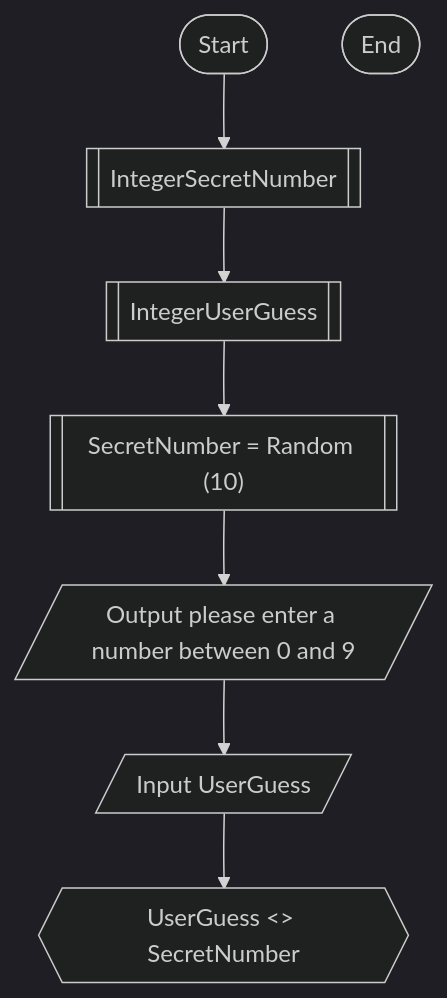
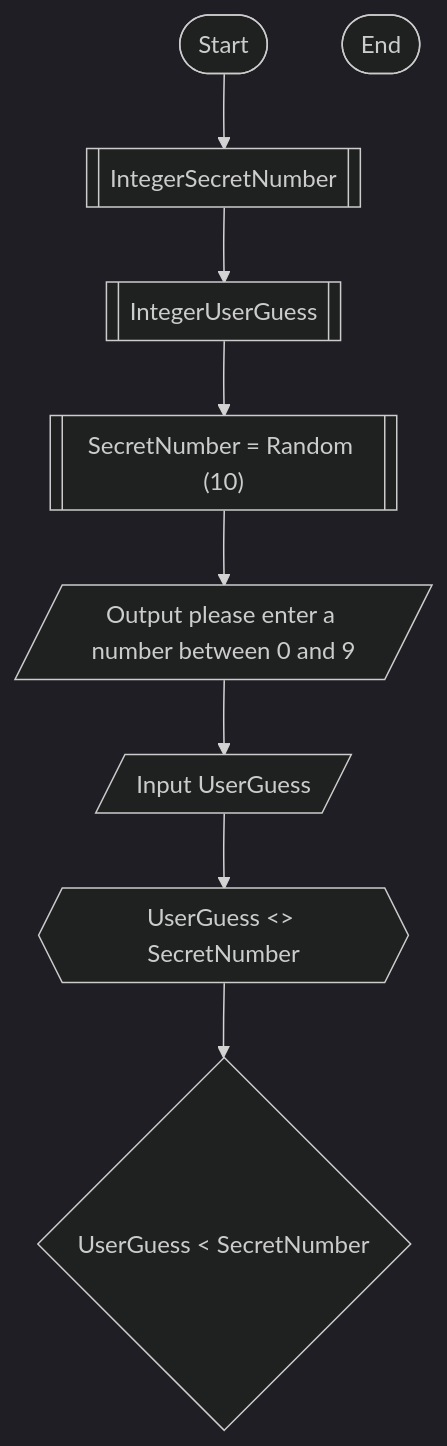
One commit to njedwards1872/njedwards1872.github.io changed the diagram in Guessing.md. Above: the diagram before and after it, drawn with Mermaid (dark theme).

````diff
--- a/Guessing.md
+++ b/Guessing.md
@@ -1,16 +1,18 @@
 ```mermaid
 flowchart TD
  Start([Start]) --> 
     A@{ shape: subproc, label: "IntegerSecretNumber" } -->
     B@{ shape: subproc, label: "IntegerUserGuess" } -->
     C@{ shape: subproc, label: "SecretNumber = Random (10)" } --> 
     D@{ shape: lean-r, label: "Output please enter a number between 0 and 9" } -->
     E@{ shape: lean-r, label: "Input UserGuess" } -->
-    F@{ shape: hex, label: "UserGuess <> SecretNumber" }
+    F@{ shape: hex, label: "UserGuess <> SecretNumber" } -->
+    G@{ shape: diamond, label: "UserGuess < SecretNumber" }
+
 
 
 
 
 
  End([End])
 ```
````
